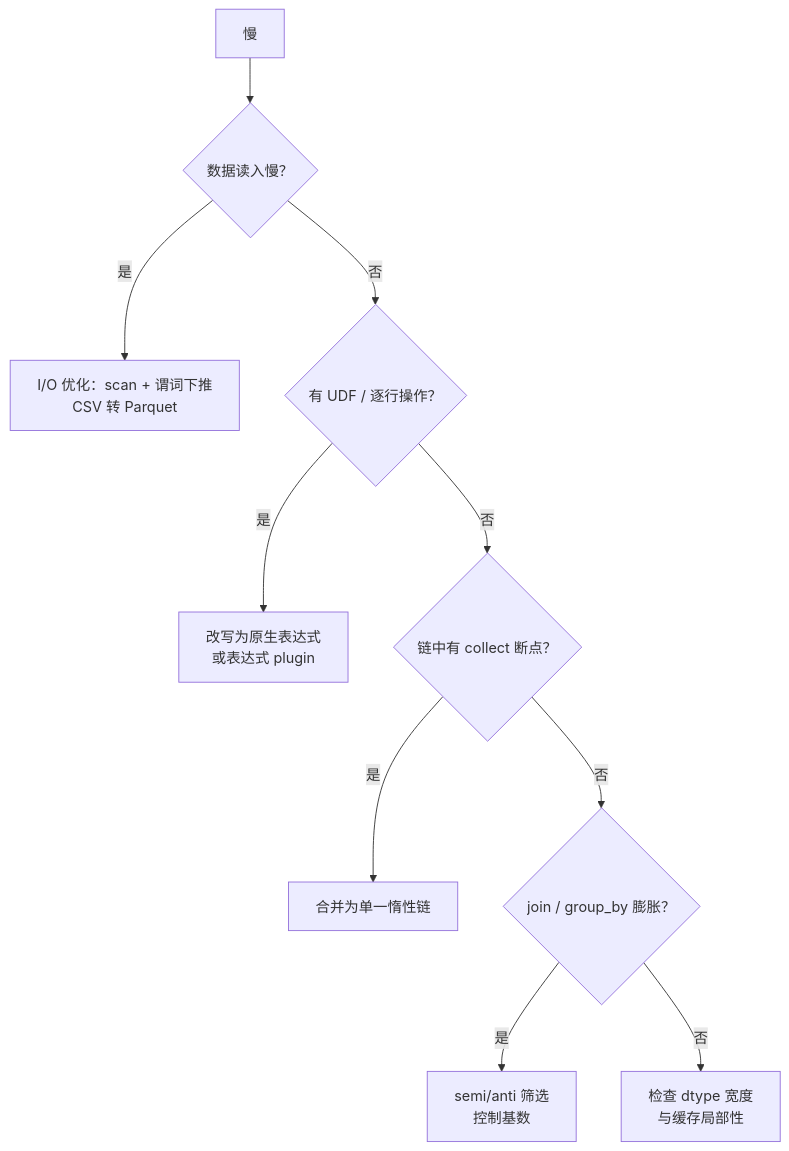
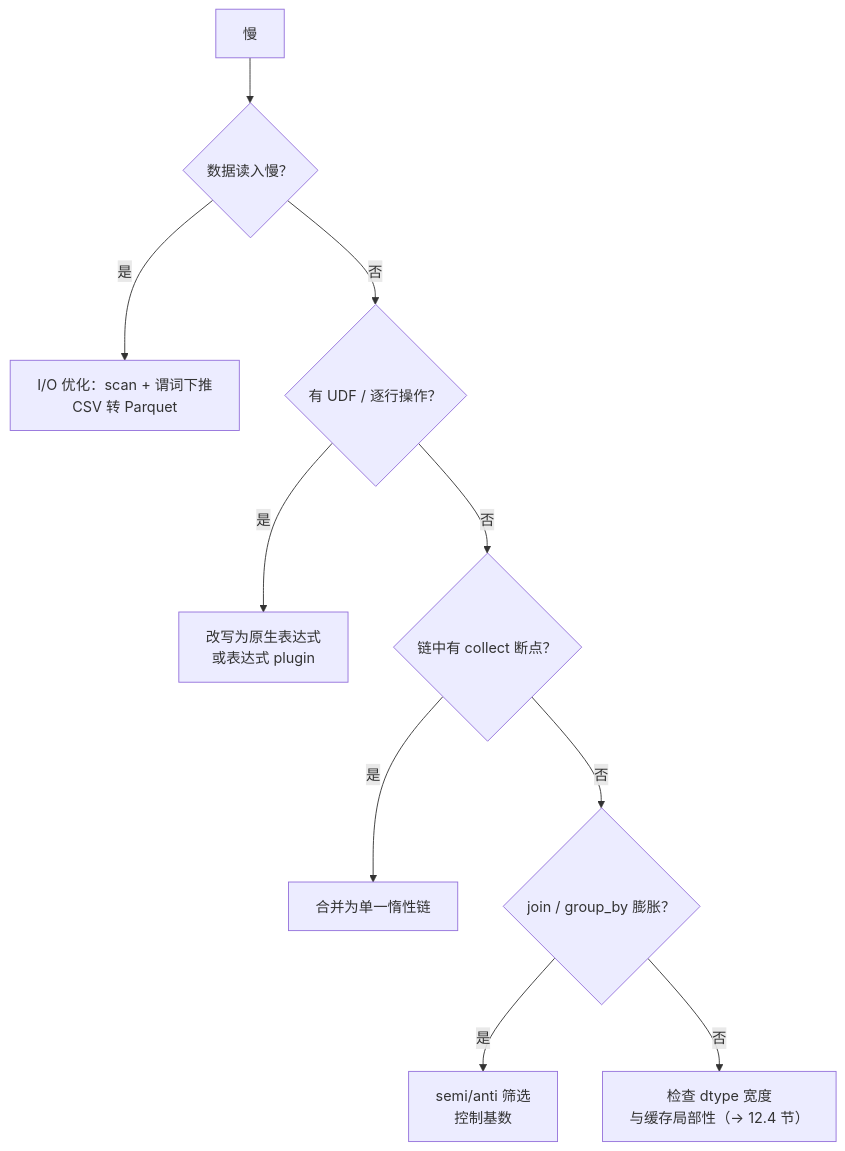
One commit to jtcheng/polars-book changed the diagram in src/chapter_12/tuning.md. Above: the diagram before and after it, drawn with Mermaid. The commit also changed other lines of this file and 4 other files, not shown here.

````diff
--- a/src/chapter_12/tuning.md
+++ b/src/chapter_12/tuning.md
@@ -38,12 +85,12 @@
 ```mermaid
 flowchart TD
     S["慢"] --> Q1{"数据读入慢？"}
     Q1 -->|是| IO["I/O 优化：scan + 谓词下推<br/>CSV 转 Parquet"]
     Q1 -->|否| Q2{"有 UDF / 逐行操作？"}
     Q2 -->|是| UDF["改写为原生表达式<br/>或表达式 plugin"]
     Q2 -->|否| Q3{"链中有 collect 断点？"}
     Q3 -->|是| CHAIN["合并为单一惰性链"]
     Q3 -->|否| Q4{"join / group_by 膨胀？"}
     Q4 -->|是| JG["semi/anti 筛选<br/>控制基数"]
-    Q4 -->|否| MEM["检查 dtype 宽度<br/>与缓存局部性"]
+    Q4 -->|否| MEM["检查 dtype 宽度<br/>与缓存局部性（→ 12.4 节）"]
 ```
````
